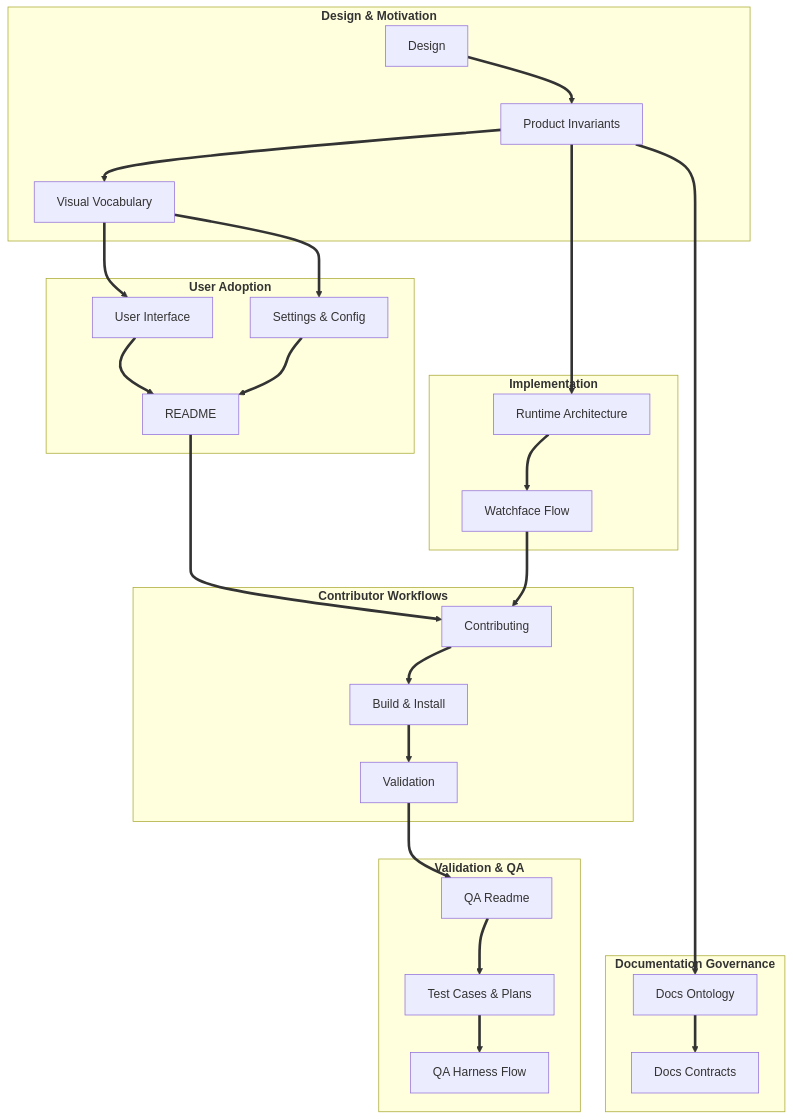
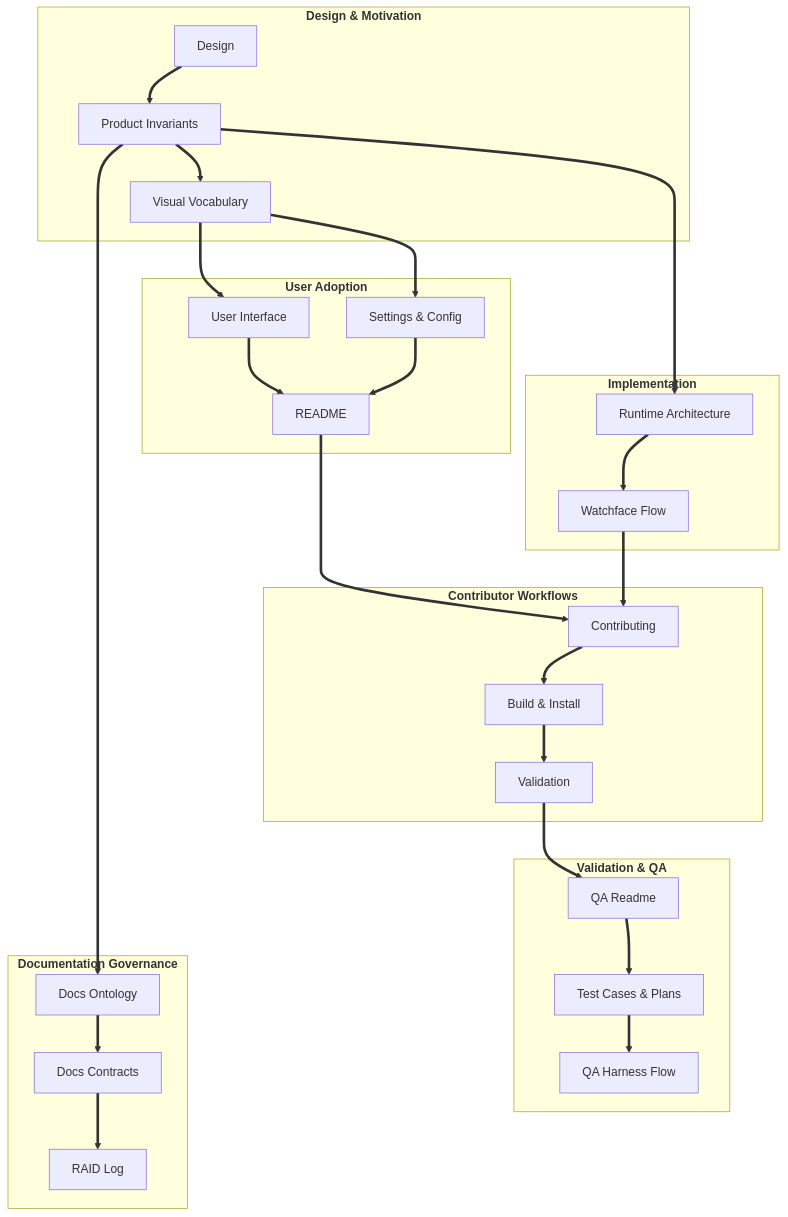
One commit to jhatax/at-a-glance changed the diagram in docs/DocumentationOntology.md. Above: the diagram before and after it, drawn with Mermaid. The commit also changed other lines of this file and 14 other files, not shown here.

````diff
--- a/docs/DocumentationOntology.md
+++ b/docs/DocumentationOntology.md
@@ -41,38 +42,38 @@
 ```mermaid
 graph TD
   L1 ~~~ L2 ~~~ L3 ~~~ L4 ~~~ L5 ~~~ L6
 
   subgraph L1 ["<b>Design & Motivation</b>"]
     p1["Design"] ==> p2["Product Invariants"]
     p2 ==> p3["Visual Vocabulary"]
   end
 
   subgraph L2 ["<b>User Adoption</b>"]
     p3 ==> u1
     p3 ==> u2
     u1["User Interface"] ==> u3
     u2["Settings & Config"] ==> u3
     u3["README"]
   end
 
   subgraph L3 ["<b>Implementation</b>"]
     p2 ==> i1["Runtime Architecture"] ==> i2["Watchface Flow"]
   end
 
 
   subgraph L4 ["<b>Contributor Workflows</b>"]
     u3 ==> c1
     i2 ==> c1
     c1["Contributing"] ==> c2["Build & Install"] ==> c3["Validation"]
   end
 
   subgraph L5 ["<b>Validation & QA</b>"]
     c3 ==> q1
     q1["QA Readme"] ==> q2["Test Cases & Plans"] ==> q3["QA Harness Flow"]
   end
 
   subgraph L6 ["<b>Documentation Governance</b>"]
     p2 ==> d1
-    d1["Docs Ontology"] ==> d2["Docs Contracts"]
+    d1["Docs Ontology"] ==> d2["Docs Contracts"] ==> d3["RAID Log"]
   end
 ```
````
